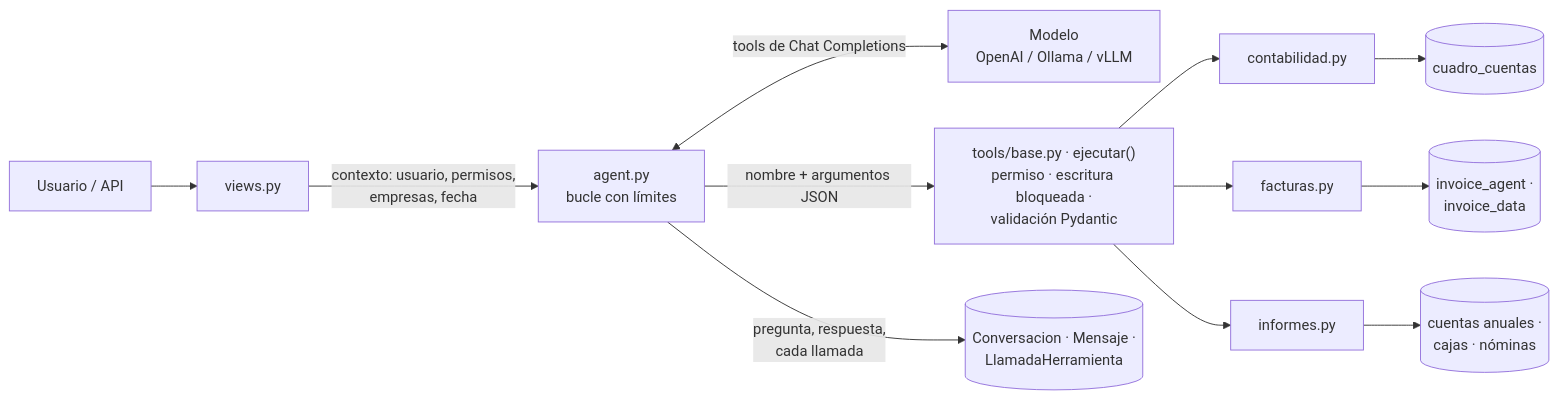
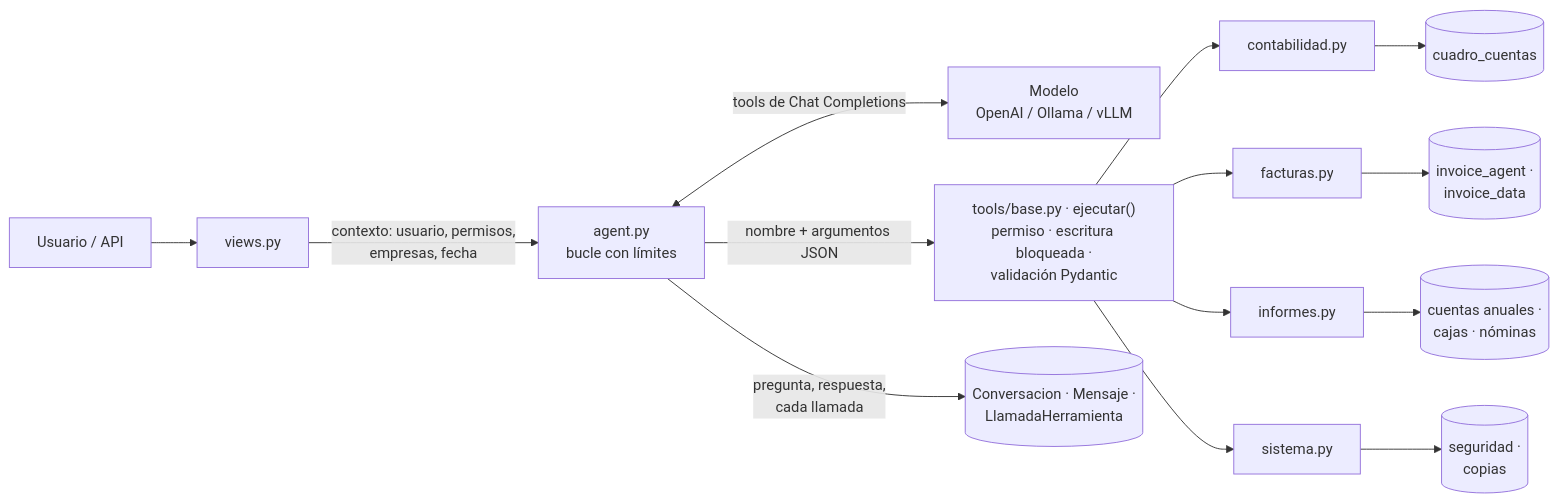
The diagram in copilot_pms/README.md (jatien/hotel_cuentas), drawn with Mermaid before and after one commit. The commit also changed other lines of this file and 25 other files, not shown here.

First line of the commit message:
Seguridad: cifrado en reposo, copias cifradas y roles de PostgreSQL

````diff
--- a/copilot_pms/README.md
+++ b/copilot_pms/README.md
@@ -12,11 +12,12 @@
 ```mermaid
 flowchart LR
     U[Usuario / API] --> V[views.py]
     V -->|contexto: usuario, permisos,<br/>empresas, fecha| A[agent.py<br/>bucle con límites]
     A <-->|tools de Chat Completions| M[Modelo<br/>OpenAI / Ollama / vLLM]
     A -->|nombre + argumentos JSON| E["tools/base.py · ejecutar()<br/>permiso · escritura bloqueada ·<br/>validación Pydantic"]
     E --> T1[contabilidad.py] --> CC[(cuadro_cuentas)]
     E --> T2[facturas.py] --> FA[(invoice_agent ·<br/>invoice_data)]
     E --> T3[informes.py] --> IN[(cuentas anuales ·<br/>cajas · nóminas)]
+    E --> T4[sistema.py] --> SG[(seguridad ·<br/>copias)]
     A -->|pregunta, respuesta,<br/>cada llamada| DB[(Conversacion · Mensaje ·<br/>LlamadaHerramienta)]
 ```
````
